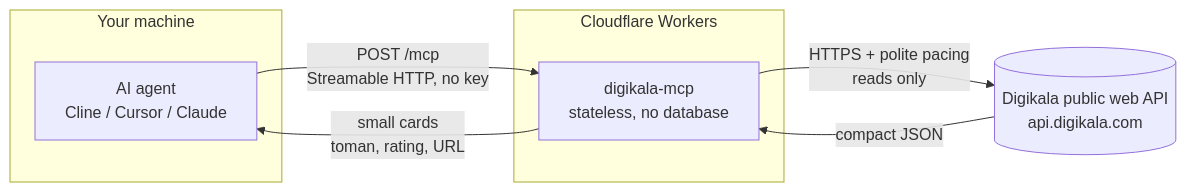
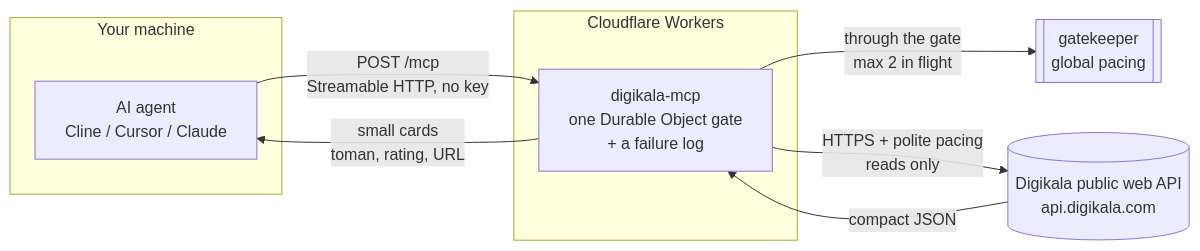
The diagram in docs/architecture.md (mmdju/digikala-mcp), drawn with Mermaid before and after one commit. The commit also changed other lines of this file and 3 other files, not shown here.

Commit message:
docs: correct the rate limit, the architecture and the tool reference

````diff
--- a/docs/architecture.md
+++ b/docs/architecture.md
@@ -5,15 +5,16 @@
 ```mermaid
 flowchart LR
     subgraph you [Your machine]
         agent[AI agent<br/>Cline / Cursor / Claude]
     end
     subgraph cf [Cloudflare Workers]
-        worker[digikala-mcp<br/>stateless, no database]
+        worker[digikala-mcp<br/>one Durable Object gate<br/>+ a failure log]
     end
     dk[(Digikala public web API<br/>api.digikala.com)]
 
     agent -->|POST /mcp<br/>Streamable HTTP, no key| worker
+    worker -->|through the gate<br/>max 2 in flight| gate[[gatekeeper<br/>global pacing]]
     worker -->|HTTPS + polite pacing<br/>reads only| dk
     dk -->|compact JSON| worker
     worker -->|small cards<br/>toman, rating, URL| agent
 ```
````
